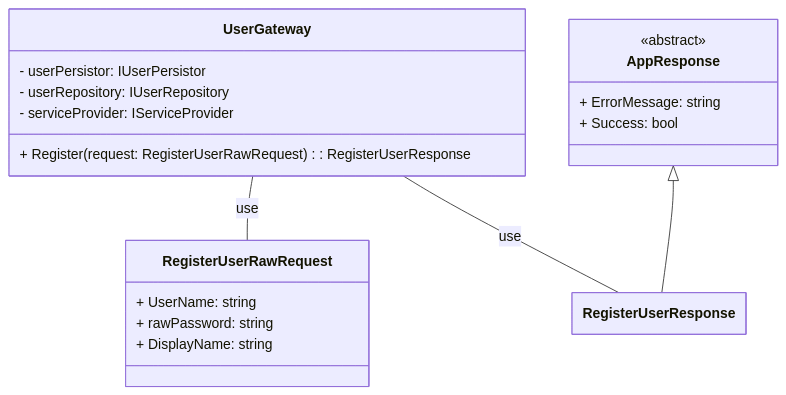
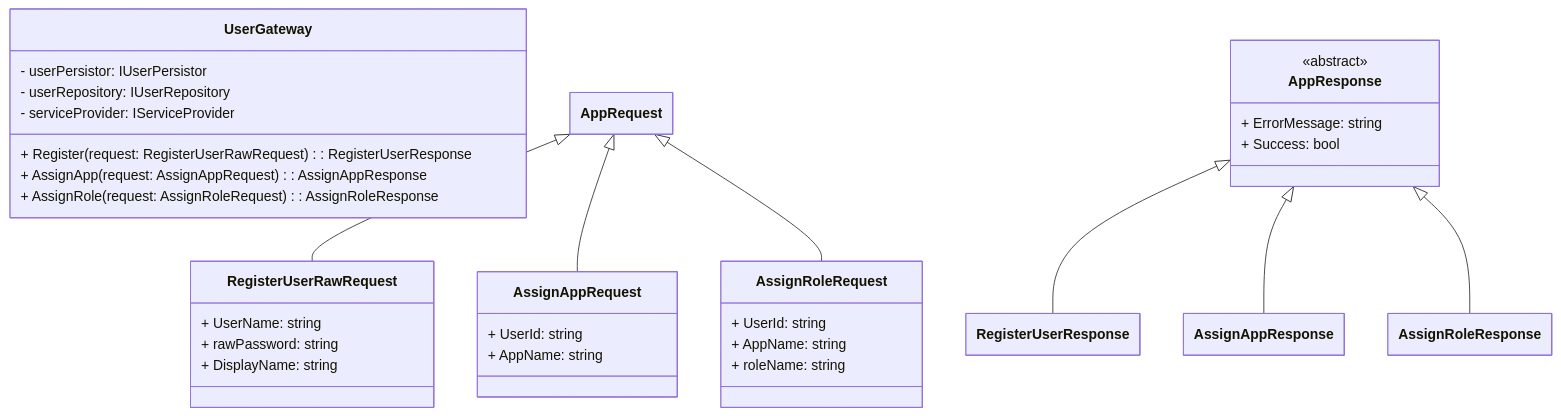
Before and after one commit to sdlfly2000/AuthenticationServer: the fourth of 4 diagrams in UML/Application/Application.Gateway.User.UserGateway.md, drawn with Mermaid. The commit also changed other lines of this file, not shown here.

Commit message:
#50 Update UML

````diff
--- a/UML/Application/Application.Gateway.User.UserGateway.md
+++ b/UML/Application/Application.Gateway.User.UserGateway.md
@@ -41,39 +120,62 @@
 ```mermaid
 ---
 config:
     class:
         hideEmptyMembersBox: true
 ---
 
 classDiagram
     %%{Class Definition}%%
 
+
+
     class UserGateway {
         - userPersistor: IUserPersistor
         - userRepository: IUserRepository
         - serviceProvider: IServiceProvider
         + Register(request: RegisterUserRawRequest): RegisterUserResponse
+        + AssignApp(request: AssignAppRequest): AssignAppResponse
+        + AssignRole(request: AssignRoleRequest): AssignRoleResponse
     }
+    class AppRequest { }
 
     class AppResponse {
         <<abstract>>
         + ErrorMessage: string
         + Success: bool
     }
 
     class RegisterUserRawRequest { 
         + UserName: string
         + rawPassword: string
         + DisplayName: string
     }
 
-    class RegisterUserResponse {
-
+    class AssignAppRequest { 
+        + UserId: string
+        + AppName: string
     }
 
+    class AssignRoleRequest { 
+        + UserId: string
+        + AppName: string
+        + roleName: string
+    }
+
+    class RegisterUserResponse {}
+
+    class AssignAppResponse {}
+
+    class AssignRoleResponse {}
+
     %%{Class Relationship}%%
-    UserGateway --  RegisterUserRawRequest : use
-    UserGateway --  RegisterUserResponse : use
+
+    AppRequest <|-- RegisterUserRawRequest
+    AppRequest <|-- AssignAppRequest
+    AppRequest <|-- AssignRoleRequest
+
     AppResponse <|-- RegisterUserResponse
+    AppResponse <|-- AssignAppResponse
+    AppResponse <|-- AssignRoleResponse
 
 ```
````
